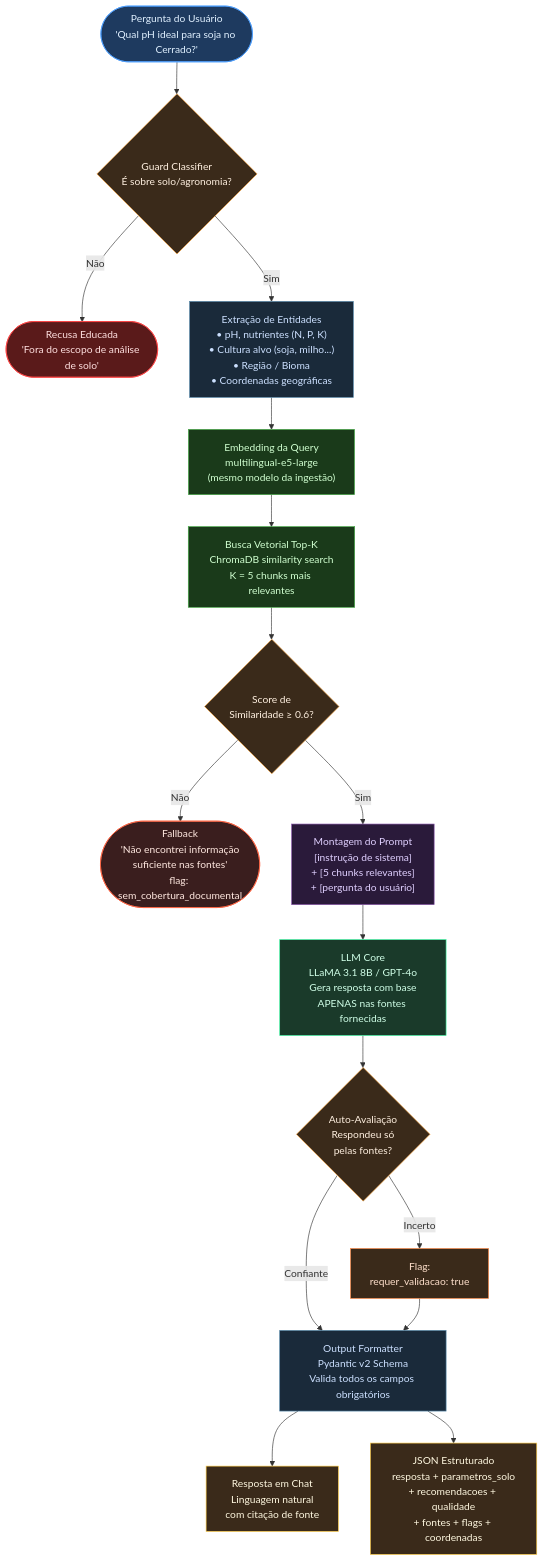
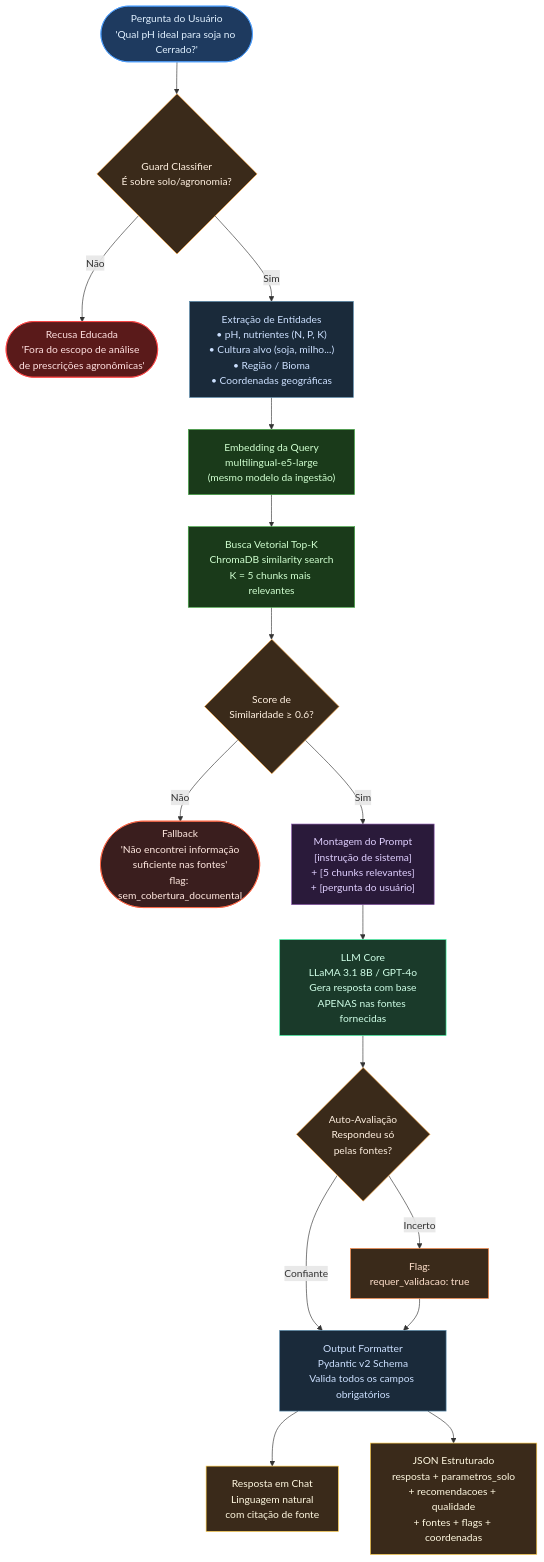
The diagram in Diagramas/mmd/03-fluxo-query.mmd (EduardoMnzs/Agronomy-TCC), drawn with Mermaid before and after one commit. The commit also changed 9 other files, not shown here.

Commit message:
docs: add architecture documentation and flow diagrams for query and ingestion processes

```diff
--- a/Diagramas/mmd/03-fluxo-query.mmd
+++ b/Diagramas/mmd/03-fluxo-query.mmd
@@ -1,47 +1,47 @@
 flowchart TD
     Q(["Pergunta do Usuário\n'Qual pH ideal para soja no Cerrado?'"])
 
     Q --> GRD{"Guard Classifier\nÉ sobre solo/agronomia?"}
-    GRD -->|"Não"| REJ(["Recusa Educada\n'Fora do escopo de análise de solo'"])
+    GRD -->|"Não"| REJ(["Recusa Educada\n'Fora do escopo de análise de prescrições agronômicas'"])
     GRD -->|"Sim"| ENT
 
     ENT["Extração de Entidades\n• pH, nutrientes (N, P, K)\n• Cultura alvo (soja, milho...)\n• Região / Bioma\n• Coordenadas geográficas"]
 
     ENT --> QEMB["Embedding da Query\nmultilingual-e5-large\n(mesmo modelo da ingestão)"]
 
     QEMB --> RET["Busca Vetorial Top-K\nChromaDB similarity search\nK = 5 chunks mais relevantes"]
 
     RET --> SCORE{"Score de\nSimilaridade ≥ 0.6?"}
     SCORE -->|"Não"| FALL(["Fallback\n'Não encontrei informação\nsuficiente nas fontes'\nflag: sem_cobertura_documental"])
     SCORE -->|"Sim"| PROMPT
 
     PROMPT["Montagem do Prompt\n[instrução de sistema]\n+ [5 chunks relevantes]\n+ [pergunta do usuário]"]
 
     PROMPT --> LLM["LLM Core\nLLaMA 3.1 8B / GPT-4o\nGera resposta com base\nAPENAS nas fontes fornecidas"]
 
     LLM --> SELFEVAL{"Auto-Avaliação\nRespondeu só\npelas fontes?"}
     SELFEVAL -->|"Incerto"| FLAG["Flag:\nrequer_validacao: true"]
     SELFEVAL -->|"Confiante"| FMT
 
     FLAG --> FMT
 
     FMT["Output Formatter\nPydantic v2 Schema\nValida todos os campos obrigatórios"]
 
     FMT --> CHAT["Resposta em Chat\nLinguagem natural\ncom citação de fonte"]
     FMT --> JSON["JSON Estruturado\nresposta + parametros_solo\n+ recomendacoes + qualidade\n+ fontes + flags + coordenadas"]
 
     style Q fill:#1e3a5f,stroke:#4a9eff,color:#e0f0ff
     style GRD fill:#3a2a1a,stroke:#ffaa44,color:#fff0e0
     style REJ fill:#5a1a1a,stroke:#ff4444,color:#ffe0e0
     style ENT fill:#1a2a3a,stroke:#5588aa,color:#cce0ff
     style QEMB fill:#1a3a1a,stroke:#44aa44,color:#d0ffd0
     style RET fill:#1a3a1a,stroke:#44aa44,color:#d0ffd0
     style SCORE fill:#3a2a1a,stroke:#ffaa44,color:#fff0e0
     style FALL fill:#3a1e1e,stroke:#ff6644,color:#ffe8e0
     style PROMPT fill:#2a1a3a,stroke:#8855aa,color:#e0d0ff
     style LLM fill:#1a3a2a,stroke:#44ffaa,color:#d0ffe8
     style SELFEVAL fill:#3a2a1a,stroke:#ffaa44,color:#fff0e0
     style FLAG fill:#3a2a1a,stroke:#ff8844,color:#ffe0cc
     style FMT fill:#1a2a3a,stroke:#5588aa,color:#cce0ff
     style CHAT fill:#3a2a1a,stroke:#ffcc44,color:#fff8e0
     style JSON fill:#3a2a1a,stroke:#ffcc44,color:#fff8e0
```
